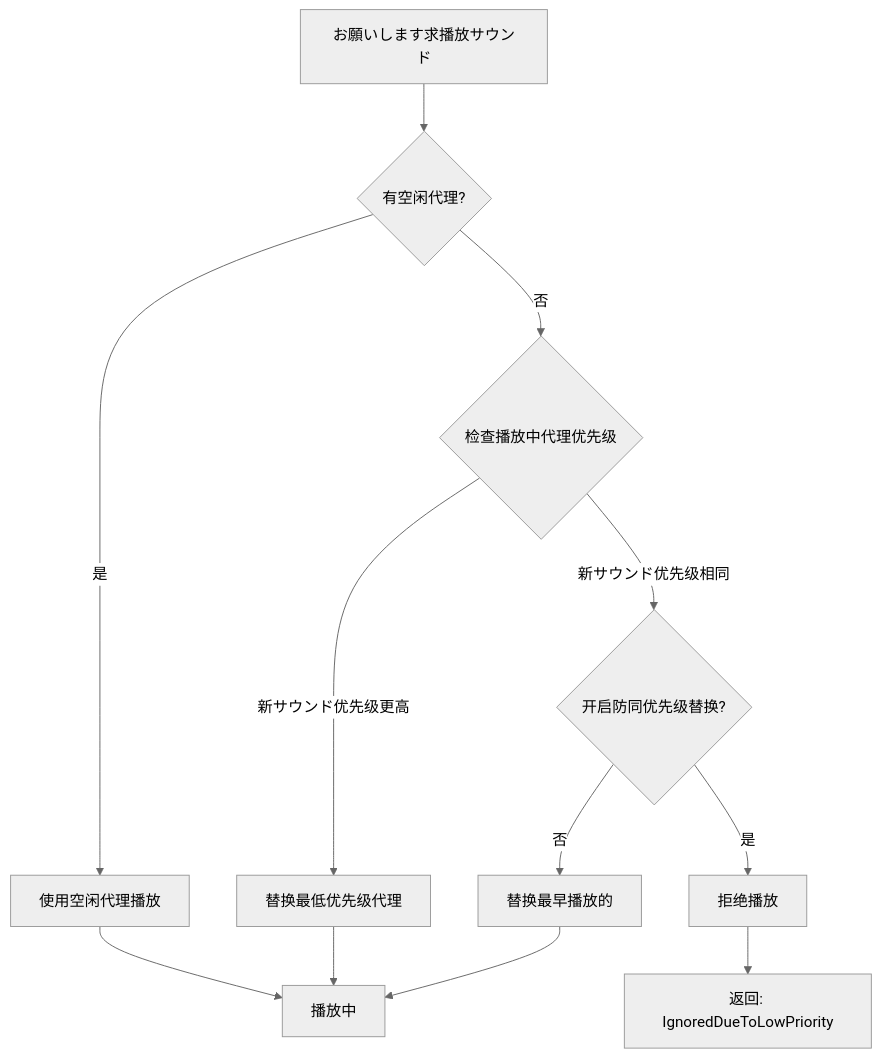
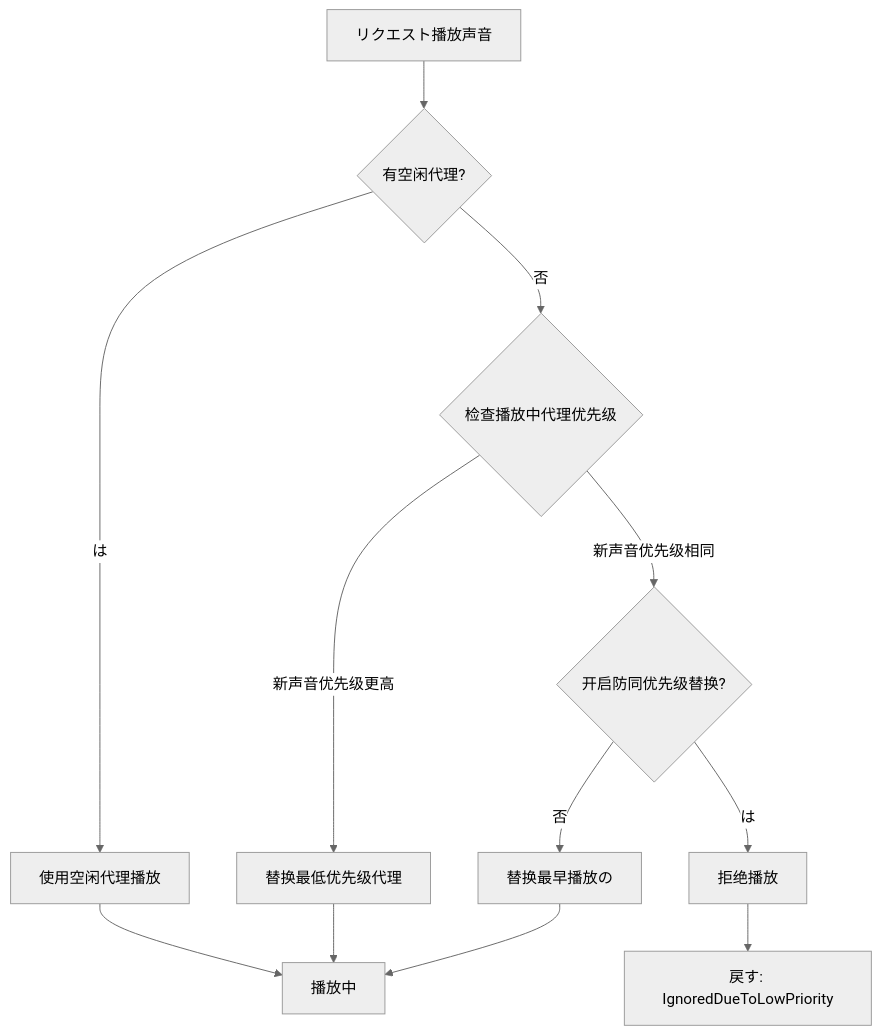
Before and after one commit to AlianBlank/GameFrameX.Docs: the second of 2 diagrams in docs/ja/client/unity/component/sound/06.sound-group.md, drawn with Mermaid (neutral theme). The commit also changed other lines of this file and 320 other files, not shown here.

````diff
--- a/docs/ja/client/unity/component/sound/06.sound-group.md
+++ b/docs/ja/client/unity/component/sound/06.sound-group.md
@@ -95,19 +95,19 @@
 ```mermaid
 flowchart TD
-    Start[お願いします求播放サウンド] --> CheckFree{有空闲代理?}
+    Start[リクエスト播放声音] --> CheckFree{有空闲代理?}
     
-    CheckFree -->|是| UseFree[使用空闲代理播放]
+    CheckFree -->|は| UseFree[使用空闲代理播放]
     CheckFree -->|否| CheckPriority{检查播放中代理优先级}
     
-    CheckPriority -->|新サウンド优先级更高| Replace[替换最低优先级代理]
-    CheckPriority -->|新サウンド优先级相同| CheckAvoid{开启防同优先级替换?}
+    CheckPriority -->|新声音优先级更高| Replace[替换最低优先级代理]
+    CheckPriority -->|新声音优先级相同| CheckAvoid{开启防同优先级替换?}
     
-    CheckAvoid -->|是| Reject[拒绝播放]
-    CheckAvoid -->|否| CheckTime[替换最早播放的]
+    CheckAvoid -->|は| Reject[拒绝播放]
+    CheckAvoid -->|否| CheckTime[替换最早播放の]
     
     UseFree --> Playing[播放中]
     Replace --> Playing
     CheckTime --> Playing
-    Reject --> Failed[返回错误码]
-    Failed[返回: IgnoredDueToLowPriority]
+    Reject --> Failed[戻すエラー码]
+    Failed[戻す: IgnoredDueToLowPriority]
 ```
````
